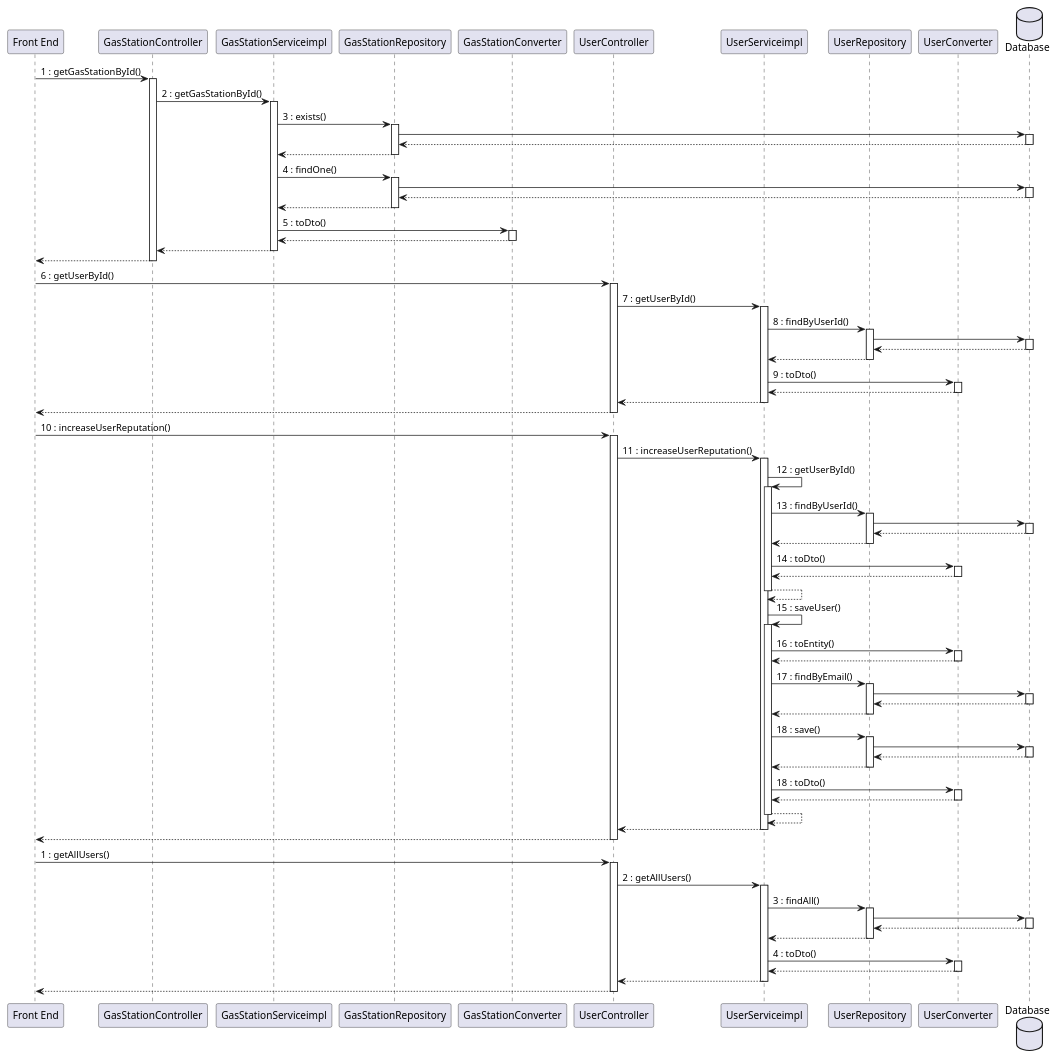
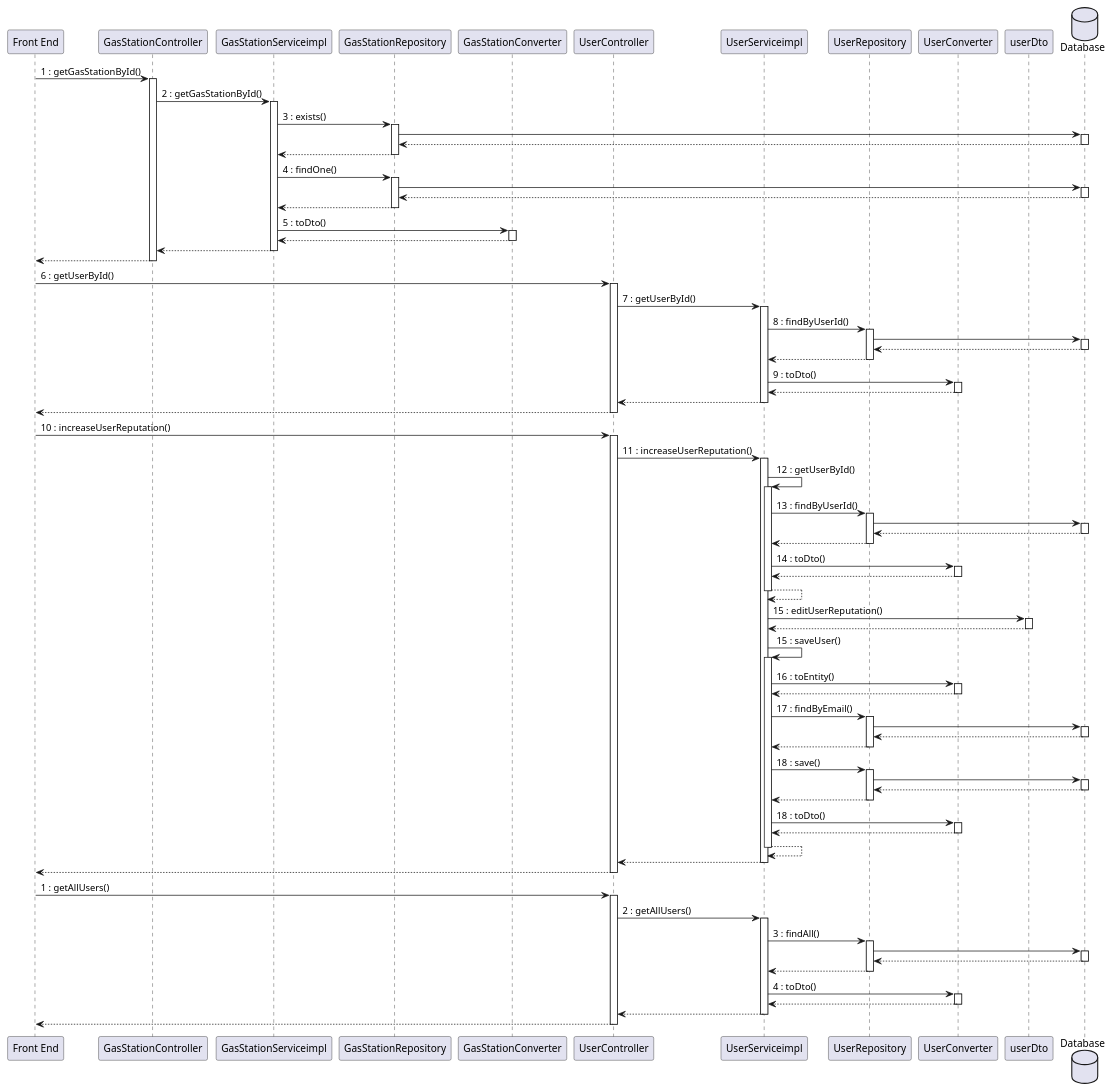
One commit to mosTavassoli/ezgas changed diagram 14 of 15 in docs/DesignDocument.md. Above: the diagram before and after it, drawn with PlantUML. The commit also changed other lines of this file, not shown here.

Commit message:
docs(DesignDocument): fix sequence diagram use case 10.1

```diff
--- a/docs/DesignDocument.md
+++ b/docs/DesignDocument.md
@@ -967,6 +973,10 @@
 return
 return
 
+UserServiceimpl -> userDto:15 : editUserReputation()
+activate userDto
+return
+
 UserServiceimpl -> UserServiceimpl:15 : saveUser()
 activate UserServiceimpl
 UserServiceimpl -> UserConverter:16 : toEntity()
```
